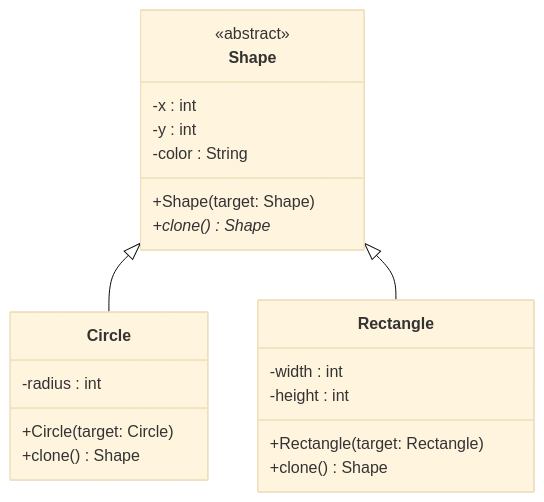
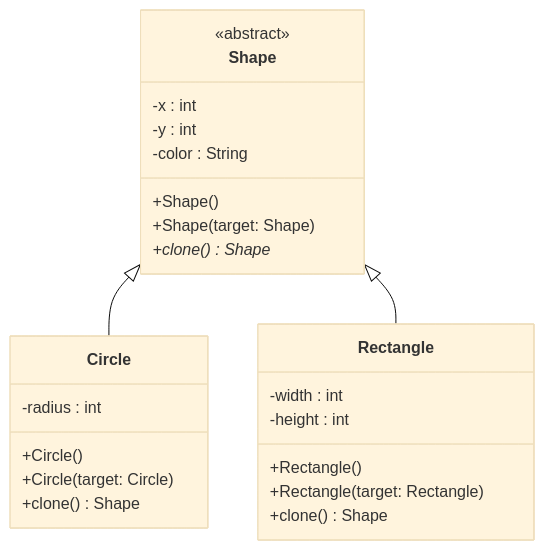
Before and after one commit to TureCatedu/DesignPattern: the first of 2 diagrams in Creazionali/Prototype/Implementazione/README.md, drawn with Mermaid (base theme). The commit also changed other lines of this file, not shown here.

First line of the commit message:
Update README with UML and sequence diagram

````diff
--- a/Creazionali/Prototype/Implementazione/README.md
+++ b/Creazionali/Prototype/Implementazione/README.md
@@ -7,27 +7,30 @@
 ```mermaid
 classDiagram
     class Shape {
         <<abstract>>
         -x : int
         -y : int
         -color : String
+        +Shape()
         +Shape(target: Shape)
         +clone()* Shape
     }
 
     class Circle {
         -radius : int
+        +Circle()
         +Circle(target: Circle)
         +clone() Shape
     }
 
     class Rectangle {
         -width : int
         -height : int
+        +Rectangle()
         +Rectangle(target: Rectangle)
         +clone() Shape
     }
 
     Shape <|-- Circle
     Shape <|-- Rectangle
 ```
````
